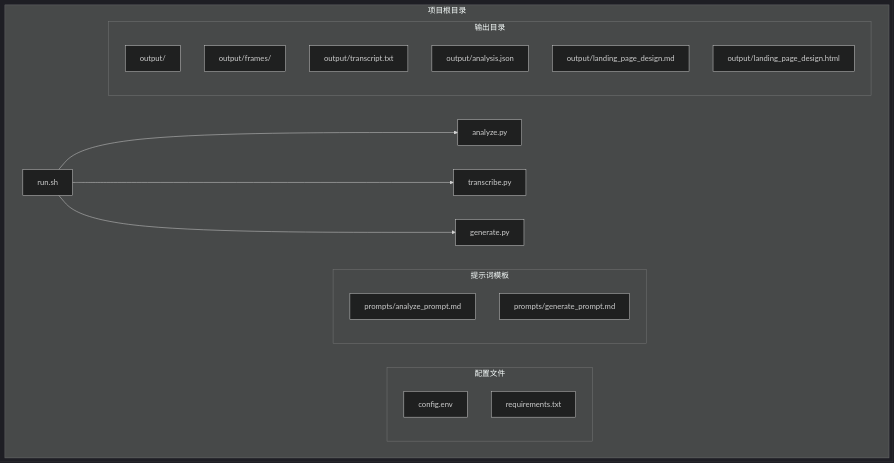
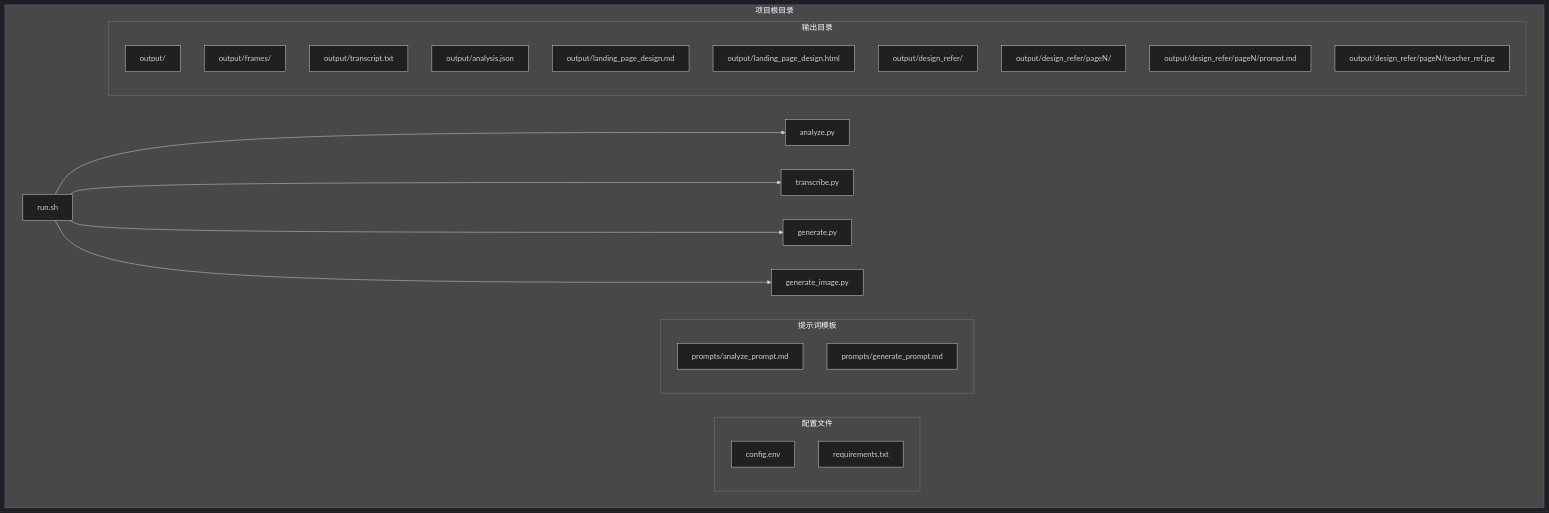
One commit to WongMingJiu/landingpage-test-hero-page changed the first of 8 diagrams in .qoder/repowiki/zh/content/开发者指南.md. Above: the diagram before and after it, drawn with Mermaid (dark theme). The commit also changed other lines of this file and 6 other files, not shown here.

First line of the commit message:
feat: 品牌logo固定素材 + 双参考图生图 + 输出平铺结构

````diff
--- a/.qoder/repowiki/zh/content/开发者指南.md
+++ b/.qoder/repowiki/zh/content/开发者指南.md
@@ -40,24 +50,29 @@
 ```mermaid
 graph TB
 subgraph "项目根目录"
 A[run.sh] --> B[analyze.py]
 A --> C[transcribe.py]
 A --> D[generate.py]
+A --> E[generate_image.py]
 subgraph "配置文件"
-E[config.env]
-F[requirements.txt]
+F[config.env]
+G[requirements.txt]
 end
 subgraph "提示词模板"
-G[prompts/analyze_prompt.md]
-H[prompts/generate_prompt.md]
+H[prompts/analyze_prompt.md]
+I[prompts/generate_prompt.md]
 end
 subgraph "输出目录"
-I[output/]
-J[output/frames/]
-K[output/transcript.txt]
-L[output/analysis.json]
-M[output/landing_page_design.md]
-N[output/landing_page_design.html]
+J[output/]
+K[output/frames/]
+L[output/transcript.txt]
+M[output/analysis.json]
+N[output/landing_page_design.md]
+O[output/landing_page_design.html]
+P[output/design_refer/]
+Q[output/design_refer/pageN/]
+R[output/design_refer/pageN/prompt.md]
+S[output/design_refer/pageN/teacher_ref.jpg]
 end
 end
 ```
````
